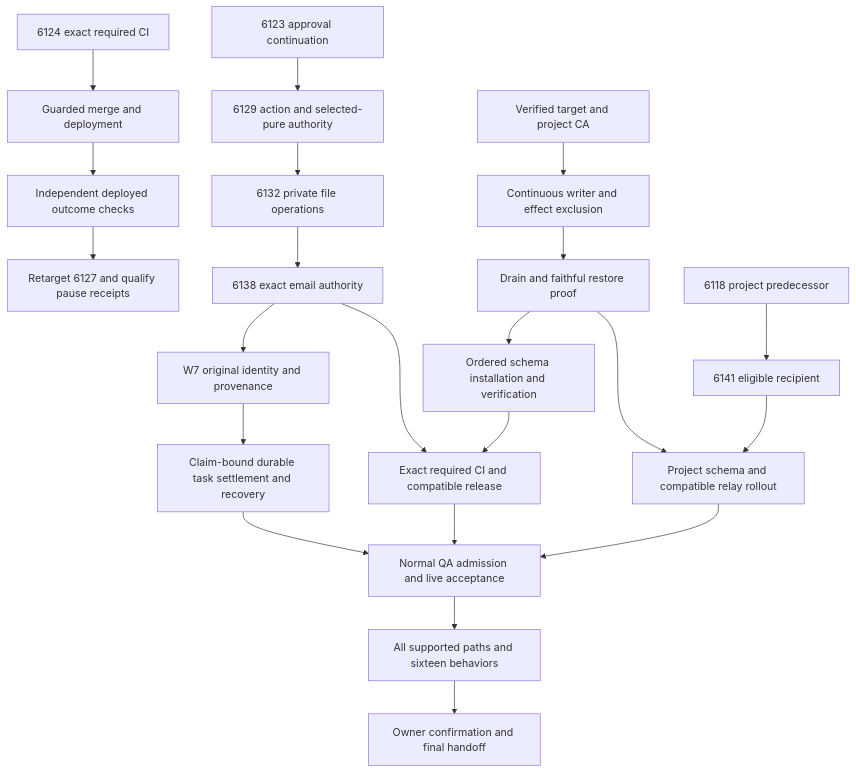
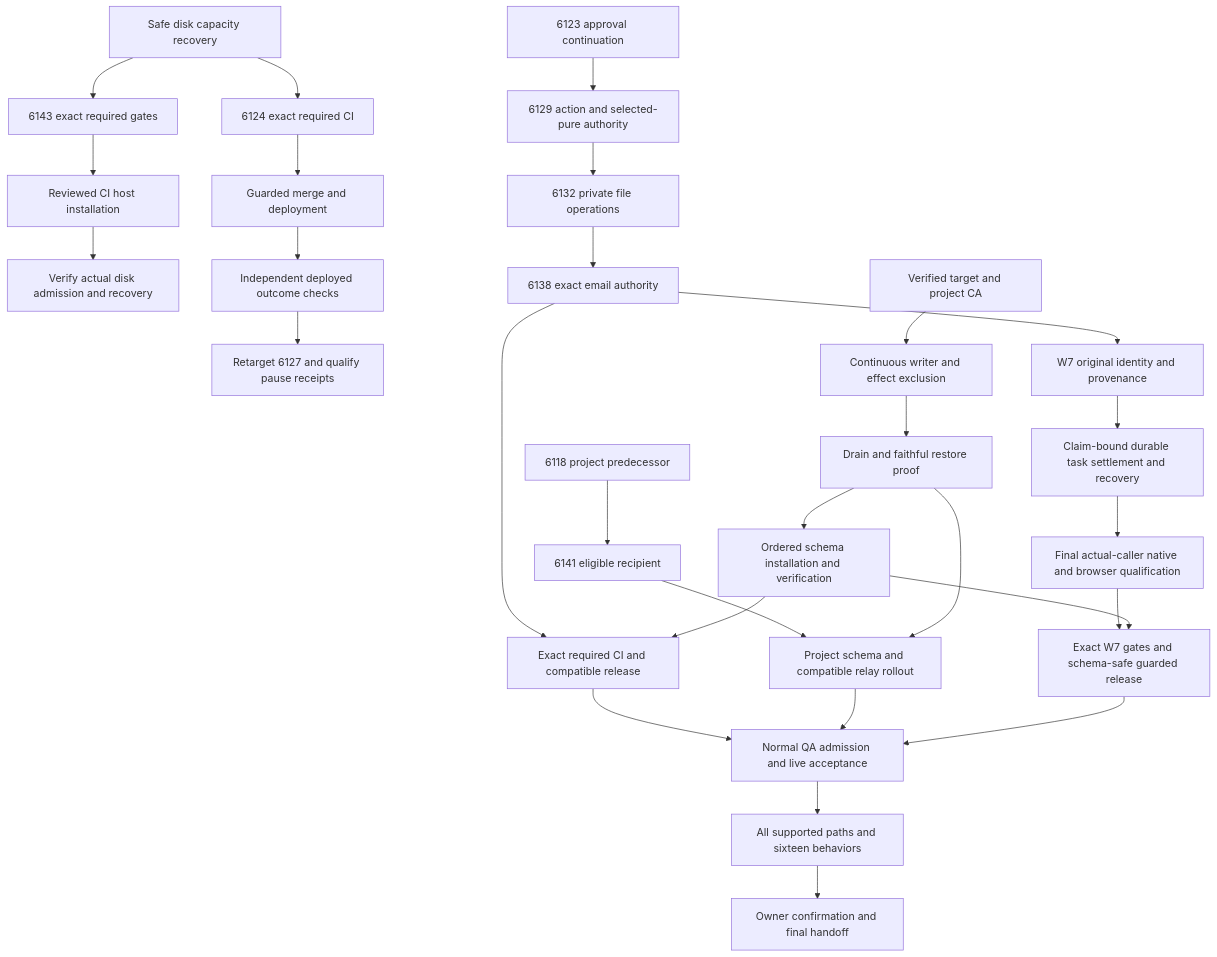
One commit to jtobkin/supraos-workflow-plan changed the diagram in SupraOS-Workflow-Plan-Checklist.md. Above: the diagram before and after it, drawn with Mermaid. The commit also changed other lines of this file and 2 other files, not shown here.

````diff
--- a/SupraOS-Workflow-Plan-Checklist.md
+++ b/SupraOS-Workflow-Plan-Checklist.md
@@ -43,24 +49,31 @@
 ```mermaid
 flowchart TD
-  A[6124 exact required CI] --> B[Guarded merge and deployment]
+  CI[Safe disk capacity recovery] --> A[6124 exact required CI]
+  CI --> CG[6143 exact required gates]
+  CG --> CH[Reviewed CI host installation]
+  CH --> CV[Verify actual disk admission and recovery]
+  A --> B[Guarded merge and deployment]
   B --> C[Independent deployed outcome checks]
   C --> D[Retarget 6127 and qualify pause receipts]
   E[6123 approval continuation] --> F[6129 action and selected-pure authority]
   F --> G[6132 private file operations]
   G --> H[6138 exact email authority]
   H --> I[W7 original identity and provenance]
   I --> I2[Claim-bound durable task settlement and recovery]
   J[Verified target and project CA] --> K[Continuous writer and effect exclusion]
   K --> L[Drain and faithful restore proof]
   L --> M[Ordered schema installation and verification]
   H --> N[Exact required CI and compatible release]
   M --> N
   O[6118 project predecessor] --> P[6141 eligible recipient]
   P --> Q[Project schema and compatible relay rollout]
   L --> Q
   N --> R[Normal QA admission and live acceptance]
   Q --> R
-  I2 --> R
+  I2 --> I3[Final actual-caller native and browser qualification]
+  I3 --> I4[Exact W7 gates and schema-safe guarded release]
+  M --> I4
+  I4 --> R
   R --> S[All supported paths and sixteen behaviors]
   S --> T[Owner confirmation and final handoff]
 ```
````
